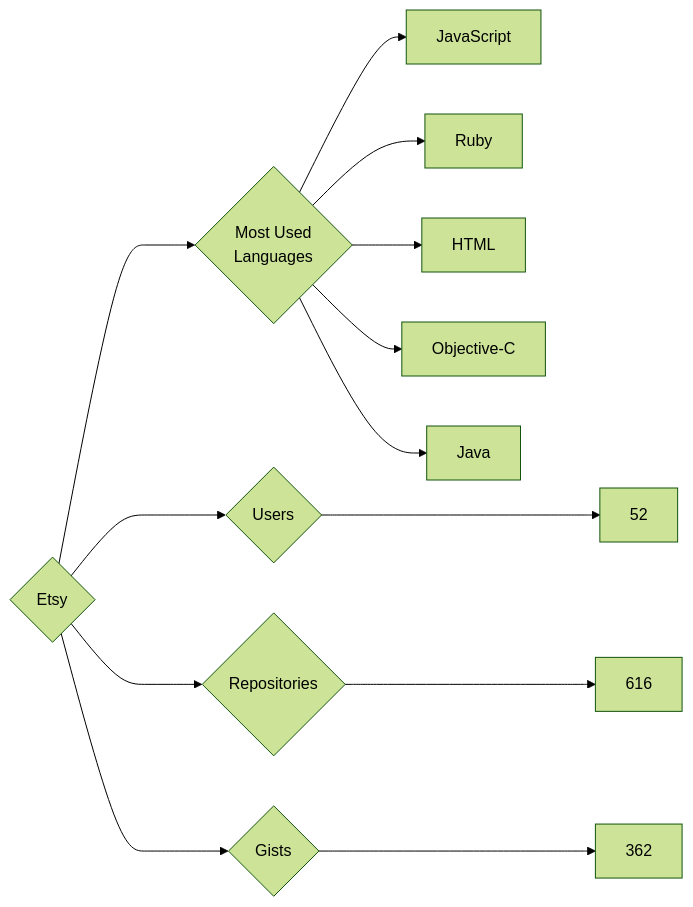
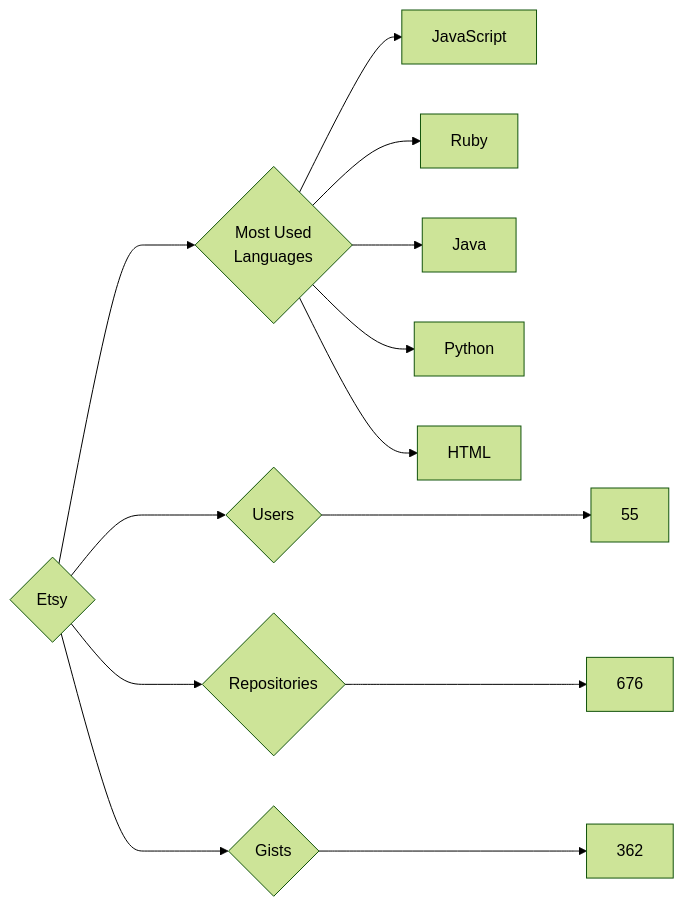
One commit to trickest/insiders changed the diagram in targets/Etsy/README.md. Above: the diagram before and after it, drawn with Mermaid (forest theme). The commit also changed 723 other files, not shown here.

````diff
--- a/targets/Etsy/README.md
+++ b/targets/Etsy/README.md
@@ -3,13 +3,13 @@
 ```mermaid
 graph LR
 COMPANY_NAME{Etsy}
-COMPANY_NAME ---> U{Users} ---> UN[52]
-COMPANY_NAME ---> R{Repositories} ---> RN[616]
+COMPANY_NAME ---> U{Users} ---> UN[55]
+COMPANY_NAME ---> R{Repositories} ---> RN[676]
 COMPANY_NAME ---> G{Gists} ---> GN[362]
 COMPANY_NAME ---> ML{Most Used<br>Languages}
 ML --> JavaScript[JavaScript]
 ML --> Ruby[Ruby]
+ML --> Java[Java]
+ML --> Python[Python]
 ML --> HTML[HTML]
-ML --> Objective-C[Objective-C]
-ML --> Java[Java]
 ```
````
